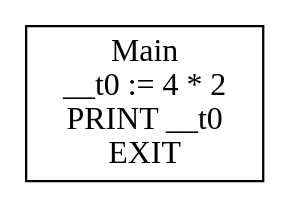
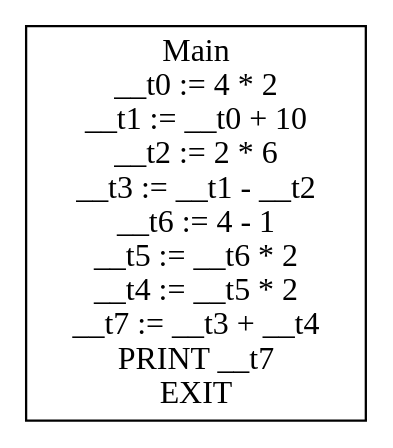
The diagram in gettingStarted/cfg.dot (KarmaSora/Compiler), drawn with Graphviz before and after one commit. The commit also changed 11 other files, not shown here.

```diff
--- a/gettingStarted/cfg.dot
+++ b/gettingStarted/cfg.dot
@@ -1,5 +1,5 @@
 digraph CFG {
 graph [splines=ortho];
 node [shape=box];
-Main [label="Main\n__t0 := 4 * 2\nPRINT __t0\nEXIT\n"];
+Main [label="Main\n__t0 := 4 * 2\n__t1 := __t0 + 10\n__t2 := 2 * 6\n__t3 := __t1 - __t2\n__t6 := 4 - 1\n__t5 := __t6 * 2\n__t4 := __t5 * 2\n__t7 := __t3 + __t4\nPRINT __t7\nEXIT\n"];
 }
```
